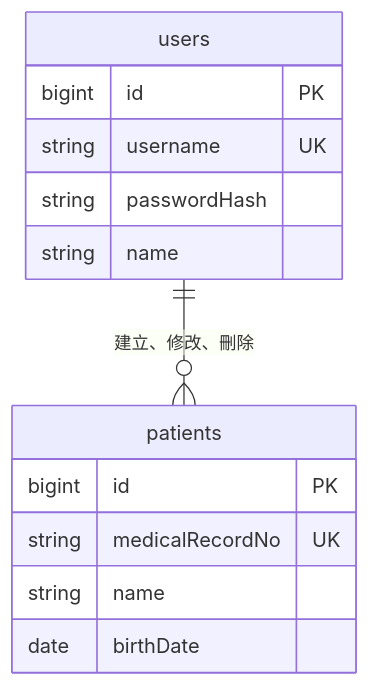
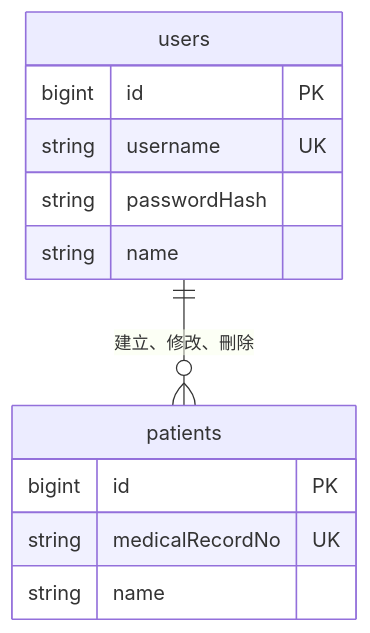
The diagram in docs/data-model.md (pelletfrog/test-2026-medical-demo), drawn with Mermaid before and after one commit. The commit also changed other lines of this file and 3 other files, not shown here.

````diff
--- a/docs/data-model.md
+++ b/docs/data-model.md
@@ -9,16 +9,15 @@
 ```mermaid
 erDiagram
     users {
         bigint id PK
         string username UK
         string passwordHash
         string name
     }
     patients {
         bigint id PK
         string medicalRecordNo UK
         string name
-        date birthDate
     }
     users ||--o{ patients : "建立、修改、刪除"
 ```
````
